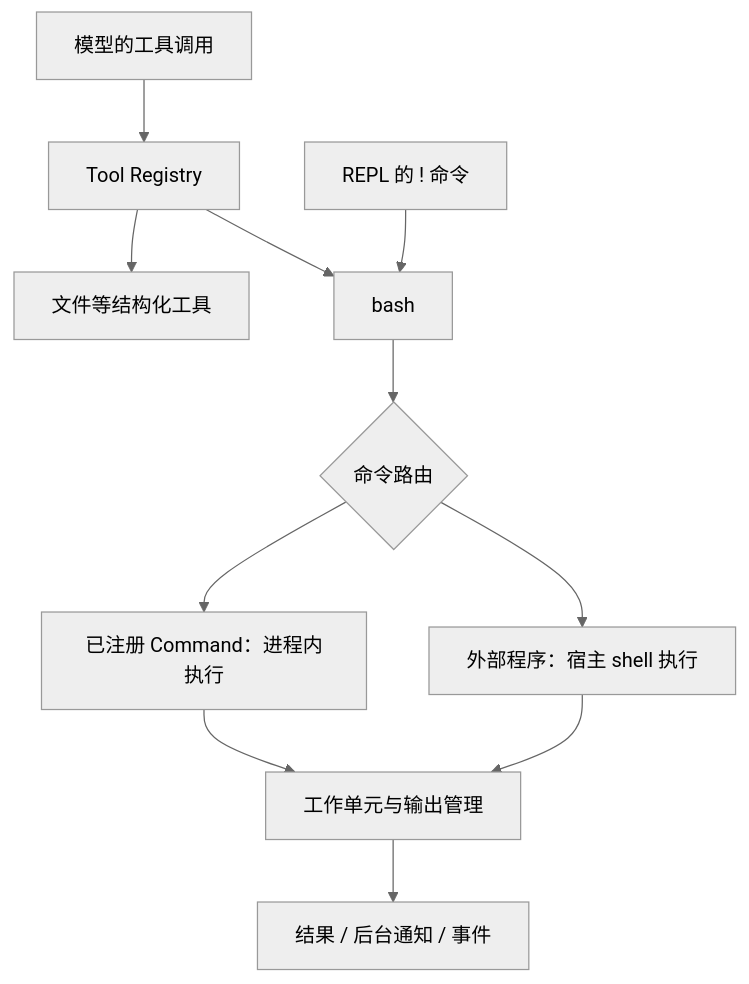
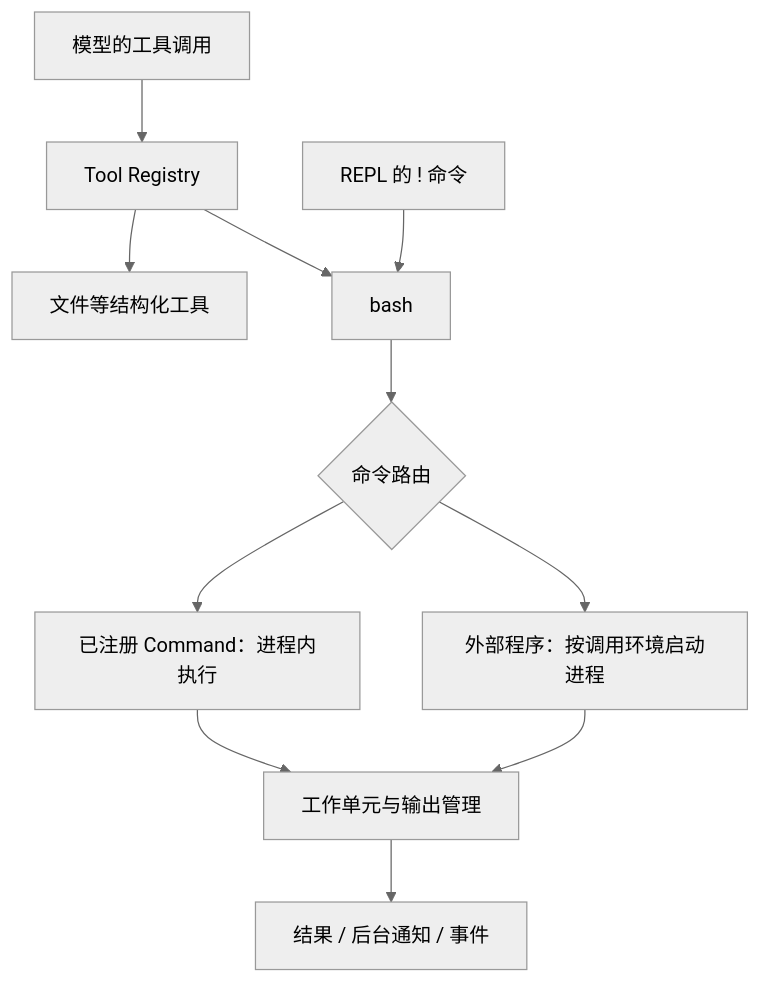
Before and after one commit to Go-Time/aiscan: the diagram in docs/architecture/execution.md, drawn with Mermaid (neutral theme). The commit also changed other lines of this file and 60 other files, not shown here.

````diff
--- a/docs/architecture/execution.md
+++ b/docs/architecture/execution.md
@@ -11,13 +13,13 @@
 ```mermaid
 flowchart TD
     Model[模型的工具调用] --> Tool[Tool Registry]
     Tool --> Files[文件等结构化工具]
     Tool --> Bash[bash]
     CLI[REPL 的 ! 命令] --> Bash
     Bash --> Router{命令路由}
     Router --> Builtin[已注册 Command：进程内执行]
-    Router --> Shell[外部程序：宿主 shell 执行]
+    Router --> Shell[外部程序：按调用环境启动进程]
     Builtin --> Units[工作单元与输出管理]
     Shell --> Units
     Units --> Return[结果 / 后台通知 / 事件]
 ```
````
